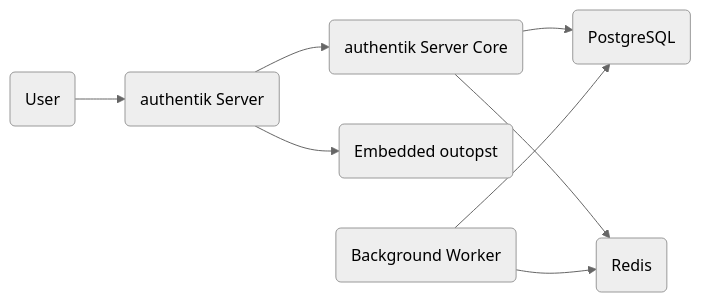
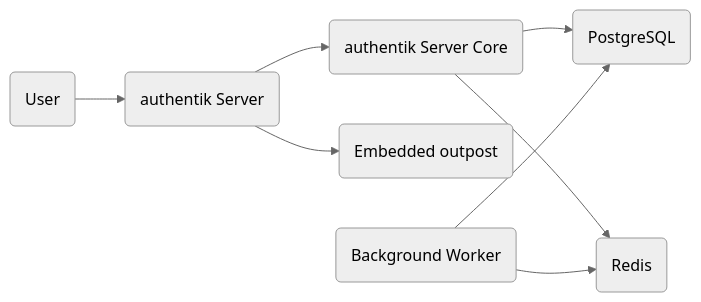
One commit to goauthentik/authentik changed the diagram in website/docs/core/architecture.md. Above: the diagram before and after it, drawn with Mermaid (neutral theme). The commit also changed other lines of this file and 1 other file, not shown here.

````diff
--- a/website/docs/core/architecture.md
+++ b/website/docs/core/architecture.md
@@ -7,10 +7,10 @@
 ```mermaid
 graph LR
     user(User) --> ak_server(authentik Server)
     ak_server --> ak_server_core(authentik Server Core)
-    ak_server --> ak_outpost(Embedded outopst)
+    ak_server --> ak_outpost(Embedded outpost)
     ak_server_core --> db(PostgreSQL)
     ak_server_core --> cache(Redis)
     ak_worker(Background Worker) --> db(PostgreSQL)
     ak_worker(Background Worker) --> cache(Redis)
 ```
````
